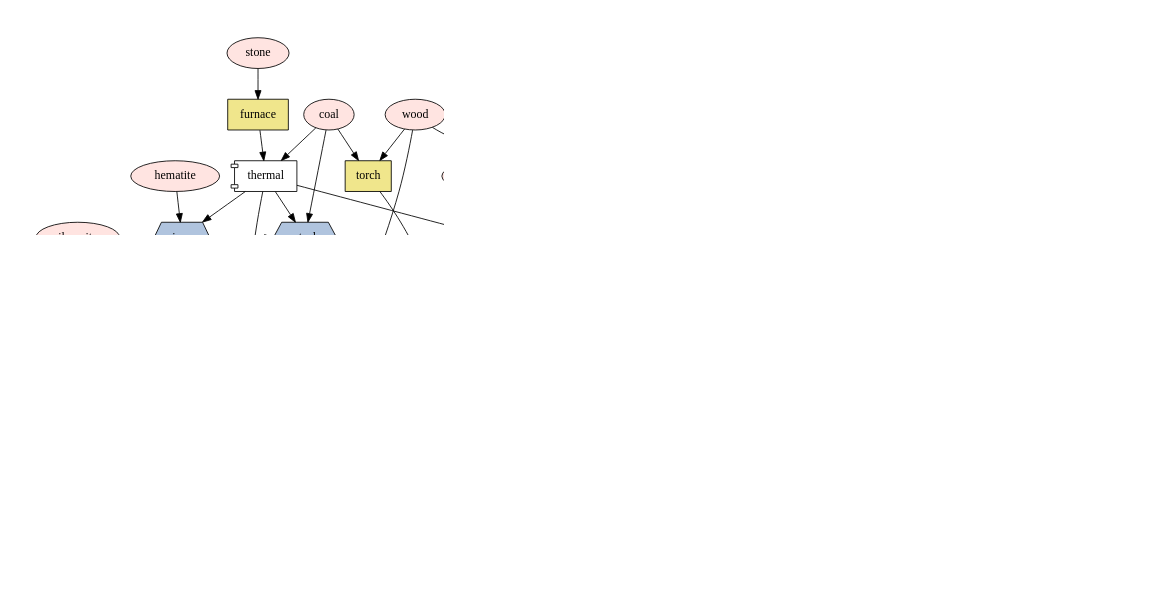
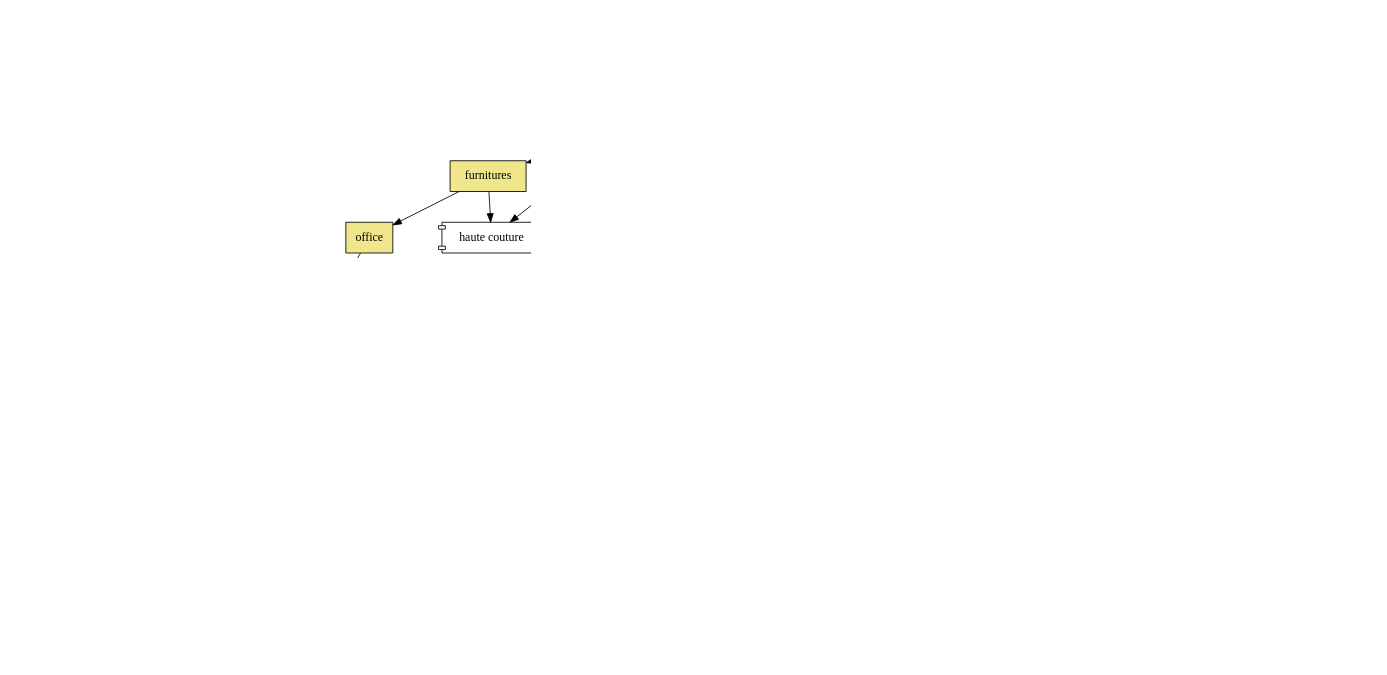
The diagram in work_files/tech_tree_by_game_items.gv (curioustorvald/Terrarum), drawn with Graphviz before and after one commit.

```diff
--- a/work_files/tech_tree_by_game_items.gv
+++ b/work_files/tech_tree_by_game_items.gv
@@ -1,157 +1,161 @@
 digraph g {
-	concentrate=true
+	concentrate=tru
 	dpi=192
 	{rank=same; copper iron steel}
 
 	subgraph cluster_legend {
 		label=Legend
 		"raw materials" [style=filled,fillcolor=mistyrose]
 		"manufactured materials" [shape=box,style=filled,fillcolor=lightsteelblue]
 		concepts [shape=component]
 		"useable items" [shape=box,style=filled,fillcolor=khaki]
 		"ingredient only" [shape=box,style=filled]
 		{rank=source; "raw materials" "manufactured materials"}
 		{rank=same; concepts "useable items" "ingredient only"}
 	}
 
 	/* raw materials */
 	wood [style=filled,fillcolor=mistyrose]
 	stone [style=filled,fillcolor=mistyrose]
 	malachite [style=filled,fillcolor=mistyrose]
 	hematite [style=filled,fillcolor=mistyrose]
 	coal [style=filled,fillcolor=mistyrose]
 	quartz [style=filled,fillcolor=mistyrose]
 	ilmenite [style=filled,fillcolor=mistyrose]
 	gold [style=filled,fillcolor=mistyrose]
 	/* manufactured materials */
 	steel [shape=trapezium,style=filled,fillcolor=lightsteelblue]
 	iron [shape=trapezium,style=filled,fillcolor=lightsteelblue]
 	copper [shape=trapezium,style=filled,fillcolor=lightsteelblue]
 	titanium [shape=trapezium,style=filled,fillcolor=lightsteelblue]
 	/* concepts */
 	thermal [shape=component]
 	electricity [shape=component]
 	kinetic [shape=component]
 	information [shape=component]
 	"sequential logic" [shape=component] /* implies electronic memory */
-	telecommunication [shape=component] /* implies radio transmission */
+	radio [shape=component]
+	telecommunication [shape=component]
 	teleportation [shape=component]
 	optics [shape=component]
 	"quantum mechanics" [shape=component]
-	"computer network" [shape=component]
+	networking [shape=component]
 	"haute couture" [shape=component]
 	"world portal" [shape=component]
 	/* useable items */
 	furnace [shape=box,style=filled,fillcolor=khaki]
 	torch [shape=box,style=filled,fillcolor=khaki]
 	"light fixture" [shape=box,style=filled,fillcolor=khaki] /* Both lamps and blinkenlight(s) */
 	machines [shape=box,style=filled,fillcolor=khaki]
 	"hand tools" [shape=box,style=filled,fillcolor=khaki] /* pickaxe, axe, etc. */
 	"motorised tools" [shape=box,style=filled,fillcolor=khaki] /* drill, chainsaw, etc. */
 	furnitures [shape=box,style=filled,fillcolor=khaki]
 	office [shape=box,style=filled,fillcolor=khaki]
 	"logic gate" [shape=box,style=filled,fillcolor=khaki]
+	"wireless circuit" [shape=box,style=filled,fillcolor=khaki]
 	wire [shape=box,style=filled,fillcolor=khaki]
 	typewriter [shape=box,style=filled,fillcolor=khaki]
 	teletype [shape=box,style=filled,fillcolor=khaki]
 	rtty [shape=box,style=filled,fillcolor=khaki]
 	"weapons&armours" [shape=box,style=filled,fillcolor=khaki]
 	"digital billboard" [shape=box,style=filled,fillcolor=khaki]
 	"CRT display" [shape=box,style=filled,fillcolor=khaki]
 	"personal computer" [shape=box,style=filled,fillcolor=khaki] /* small computer with single integrated */
 	mainframe [shape=box,style=filled,fillcolor=khaki] /* big computer that can have multiple terminals */
 	/* ingredient items */
 	engine [shape=box,style=filled]
 	LED [shape=box,style=filled]
 	"computing unit" [shape=box,style=filled,fillcolor=khaki]
 
 	
 	stone -> furnace -> thermal
 	coal -> thermal
 	
 	thermal -> iron
 	hematite -> iron
 	thermal -> copper
 	malachite -> copper
 	
 	iron -> steel
 	coal -> steel
 	thermal -> steel
 	
 	iron -> engine
 	copper -> electricity
 	thermal -> engine -> electricity
 	copper -> wire
 	wire -> electricity
 	engine -> kinetic
 	
 	electricity -> machines
 	steel -> machines
 	
 	wood -> furnitures
 	wood -> "hand tools"
 	iron -> "hand tools"
 	copper -> "hand tools"
 	steel -> "hand tools"
 	copper -> "weapons&armours"
 	iron -> "weapons&armours"
 	steel -> "weapons&armours"
 	ilmenite -> titanium
 	iron -> titanium -> "weapons&armours"
 	
 	furnitures -> office
 	office -> information
 	
 	electricity -> "motorised tools"
 	titanium -> "motorised tools"
 	steel -> "motorised tools"
 
  	wood -> torch
 	coal -> torch
 	torch -> "light fixture"
 	iron -> "light fixture"
 	copper -> "light fixture"
 	
 	information -> typewriter
 	information -> "logic gate"
 	gold -> "logic gate"
 	iron -> typewriter -> teletype
 	wire -> "logic gate"
 	
-	electricity -> telecommunication
-	quartz -> telecommunication
-	information -> telecommunication -> "computer network"
+	electricity -> radio
+	quartz -> radio -> "wireless circuit"
+	radio -> telecommunication
+	information -> telecommunication -> networking
+	"wireless circuit" -> networking
 	telecommunication -> teletype -> rtty
 	"logic gate" -> rtty
 
 	quartz -> "sequential logic"
 	"logic gate" -> "sequential logic" -> "computing unit"
-	machines -> "computing unit" -> "computer network"
+	machines -> "computing unit" -> networking
 		
 	quartz -> optics
 	optics -> "quantum mechanics" -> teleportation -> "world portal" /* to not make quartz useless */
 	"computing unit" -> "world portal"
 	rtty -> "world portal"
 	
 	electricity -> "CRT display"
 	quartz -> "CRT display"
 	"logic gate" -> "CRT display"
 	
 	electricity -> LED
 	optics -> LED
 	"logic gate" -> LED
 	
 	LED -> "digital billboard"
 	"sequential logic" -> "digital billboard"
 	LED -> "light fixture"
 	
 	"computing unit" -> "personal computer"
 	"CRT display" -> "personal computer"
 	LED -> "personal computer"
 	"computing unit" -> mainframe
 	teletype -> mainframe
 	
 	gold -> "haute couture"
 	furnitures -> "haute couture"
 	
 }
```
